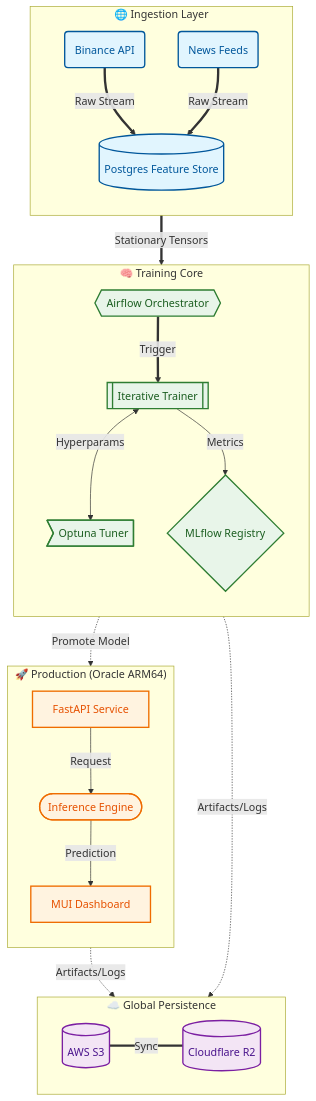
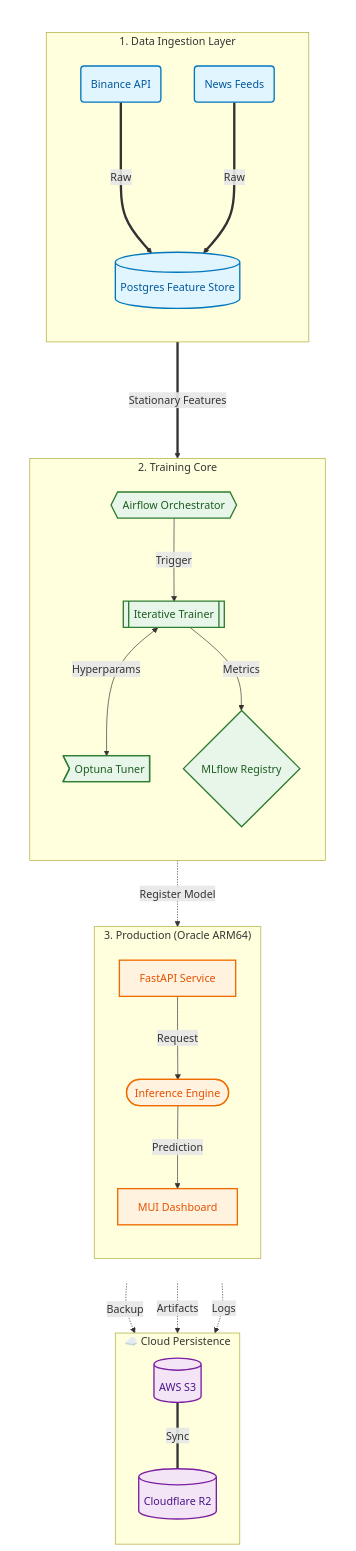
One commit to ChuLiYu/alphapulse-mlops-platform changed the diagram in README.md. Above: the diagram before and after it, drawn with Mermaid.

Commit message:
docs: refine mermaid layout with sidecar storage to fix overlap

````diff
--- a/README.md
+++ b/README.md
@@ -14,66 +14,73 @@
 ```mermaid
 %%{init: {'flowchart': {'curve': 'basis'}}}%%
 flowchart TD
-    %% --- Palette & Styles ---
-    classDef data fill:#E1F5FE,stroke:#01579B,stroke-width:2px,color:#01579B;
+    %% --- Color Palette ---
+    classDef data fill:#E1F5FE,stroke:#0277BD,stroke-width:2px,color:#01579B;
     classDef compute fill:#E8F5E9,stroke:#2E7D32,stroke-width:2px,color:#1B5E20;
     classDef prod fill:#FFF3E0,stroke:#EF6C00,stroke-width:2px,color:#E65100;
     classDef storage fill:#F3E5F5,stroke:#7B1FA2,stroke-width:2px,color:#4A148C;
     
-    %% --- 1. Data Layer ---
-    subgraph Data_Hub ["🌐 Ingestion Layer"]
+    %% --- Main Pipeline Stack (Left Column) ---
+    subgraph Main_Stack [ ]
         direction TB
-        S1(Binance API)
-        S2(News Feeds)
-        FS[(Postgres Feature Store)]
+        style Main_Stack fill:none,stroke:none
+
+        subgraph Data_Hub ["1. Data Ingestion Layer"]
+            direction TB
+            S1(Binance API)
+            S2(News Feeds)
+            FS[(Postgres Feature Store)]
+        end
+
+        subgraph MLOps_Engine ["2. Training Core"]
+            direction TB
+            T1{{Airflow Orchestrator}}
+            T2[[Iterative Trainer]]
+            T3{MLflow Registry}
+            T4>Optuna Tuner]
+        end
+
+        subgraph Prod_Cluster ["3. Production (Oracle ARM64)"]
+            direction TB
+            P1[FastAPI Service]
+            P2[MUI Dashboard]
+            P3([Inference Engine])
+        end
     end
 
-    %% --- 2. Training Layer ---
-    subgraph MLOps_Engine ["🧠 Training Core"]
+    %% --- Storage Sidecar (Right Column) ---
+    subgraph Cloud_Tier ["☁️ Cloud Persistence"]
         direction TB
-        T1{{Airflow Orchestrator}}
-        T2[[Iterative Trainer]]
-        T3{MLflow Registry}
-        T4>Optuna Tuner]
-    end
-
-    %% --- 3. Production Layer ---
-    subgraph Prod_Cluster ["🚀 Production (Oracle ARM64)"]
-        direction TB
-        P1[FastAPI Service]
-        P2[MUI Dashboard]
-        P3([Inference Engine])
-    end
-
-    %% --- 4. Storage Layer (Bottom) ---
-    subgraph Cloud_Tier ["☁️ Global Persistence"]
-        direction LR
         ST1[(AWS S3)]
         ST2[(Cloudflare R2)]
     end
 
-    %% --- Precise Connections (Visual Hierarchy) ---
-    %% Main Data Pipe (Bold, Direct)
-    S1 & S2 ==>|Raw Stream| FS
-    FS ==>|Stationary Tensors| T1
-    T1 ==>|Trigger| T2
+    %% --- Routing & Connections ---
+    %% 1. Data Inflow
+    S1 & S2 ===>|Raw| FS
     
-    %% Training Loop (Standard)
+    %% 2. Feature Store to Training (Direct Down)
+    FS ===>|Stationary Features| T1
+    
+    %% 3. Training Loop
+    T1 -->|Trigger| T2
     T2 <-->|Hyperparams| T4
     T2 -->|Metrics| T3
     
-    %% Deployment & Serving (Async/Dashed)
-    T3 -.->|Promote Model| P1
+    %% 4. Model Promotion (Async)
+    T3 -.->|Register Model| P1
     P1 -->|Request| P3
     P3 -->|Prediction| P2
-    
-    %% Persistence (Bottom Flow to avoid text overlap)
-    T3 & P1 -.->|Artifacts/Logs| ST1
+
+    %% 5. Persistence Routing (To the Right - No Crossing)
+    FS -.->|Backup| ST1
+    T3 -.->|Artifacts| ST1
+    P1 -.->|Logs| ST2
     ST1 ===|Sync| ST2
 
-    %% --- Apply Styles ---
+    %% --- Styles ---
     class S1,S2,FS data
     class T1,T2,T3,T4 compute
     class P1,P2,P3 prod
     class ST1,ST2 storage
 ```
````
